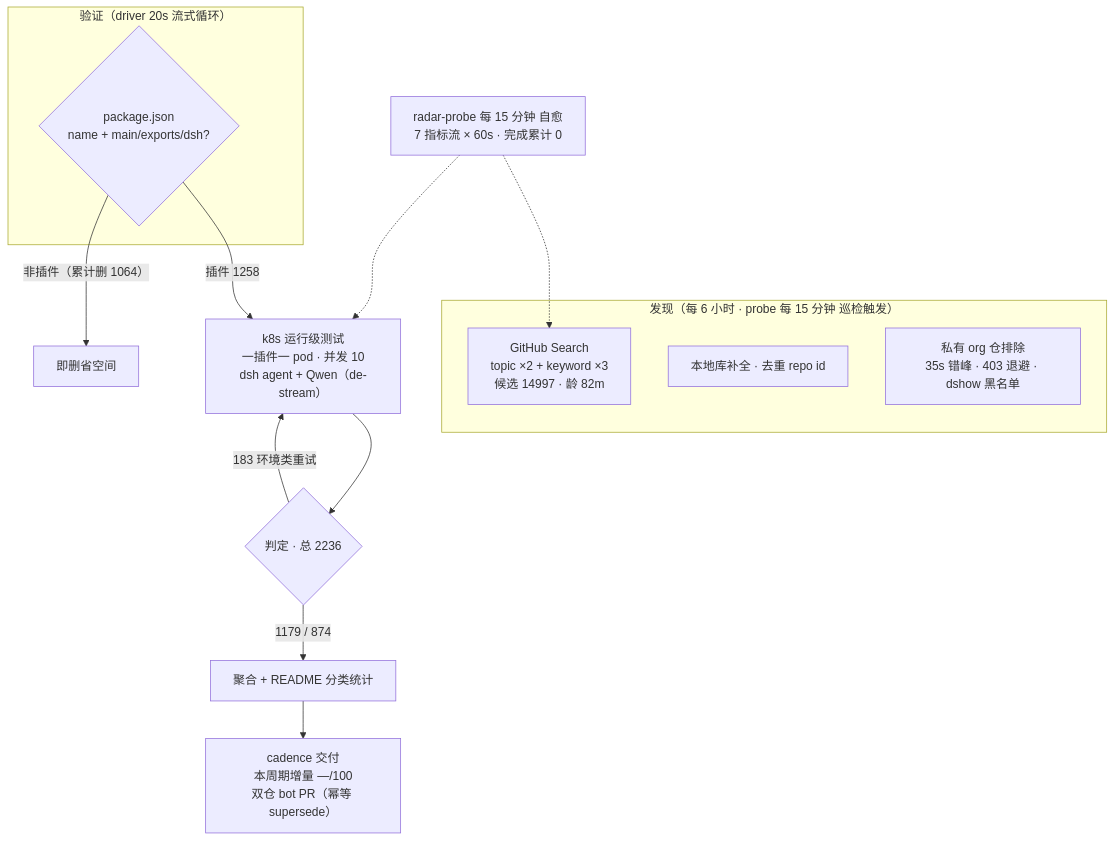
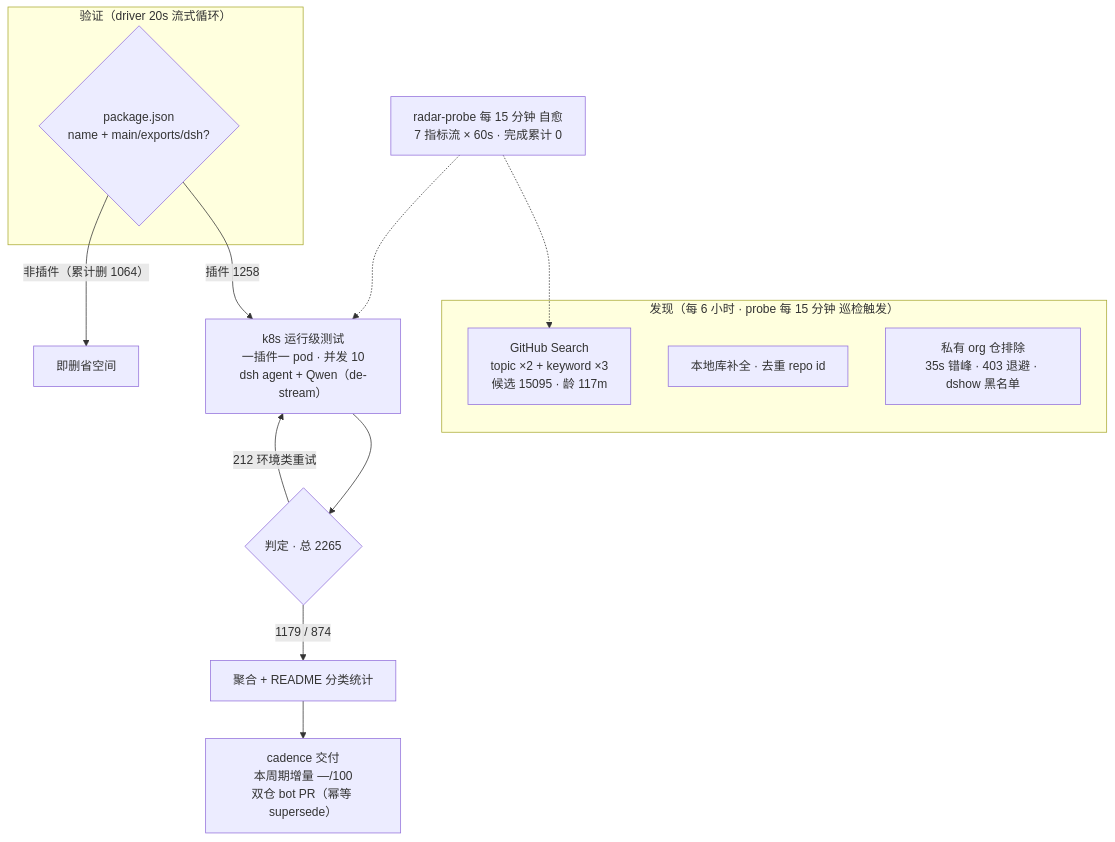
The diagram in README.md (Zhidao-Lab-OSS/awesome-dsh-plugins), drawn with Mermaid before and after one commit. The commit also changed other lines of this file and 1 other file, not shown here.

````diff
--- a/README.md
+++ b/README.md
@@ -37,20 +37,20 @@
 ```mermaid
 flowchart TB
     subgraph Discovery["发现（每 6 小时 · probe 每 15 分钟 巡检触发）"]
-        A1["GitHub Search<br/>topic ×2 + keyword ×3<br/>候选 14997 · 龄 82m"]
+        A1["GitHub Search<br/>topic ×2 + keyword ×3<br/>候选 15095 · 龄 117m"]
         A2["本地库补全 · 去重 repo id"]
         A3["私有 org 仓排除<br/>35s 错峰 · 403 退避 · dshow 黑名单"]
     end
     subgraph Validation["验证（driver 20s 流式循环）"]
         B1{"package.json<br/>name + main/exports/dsh?"}
     end
     B1 -->|"插件 1258"| C1["k8s 运行级测试<br/>一插件一 pod · 并发 10<br/>dsh agent + Qwen（de-stream）"]
     B1 -->|"非插件（累计删 1064）"| B3["即删省空间"]
-    C1 --> D1{"判定 · 总 2236"}
+    C1 --> D1{"判定 · 总 2265"}
     D1 -->|"1179 / 874"| E1["聚合 + README 分类统计"]
-    D1 -->|"183 环境类重试"| C1
+    D1 -->|"212 环境类重试"| C1
     E1 --> E2["cadence 交付<br/>本周期增量 —/100<br/>双仓 bot PR（幂等 supersede）"]
     M["radar-probe 每 15 分钟 自愈<br/>7 指标流 × 60s · 完成累计 0"]
     M -.-> A1
     M -.-> C1
 ```
````
